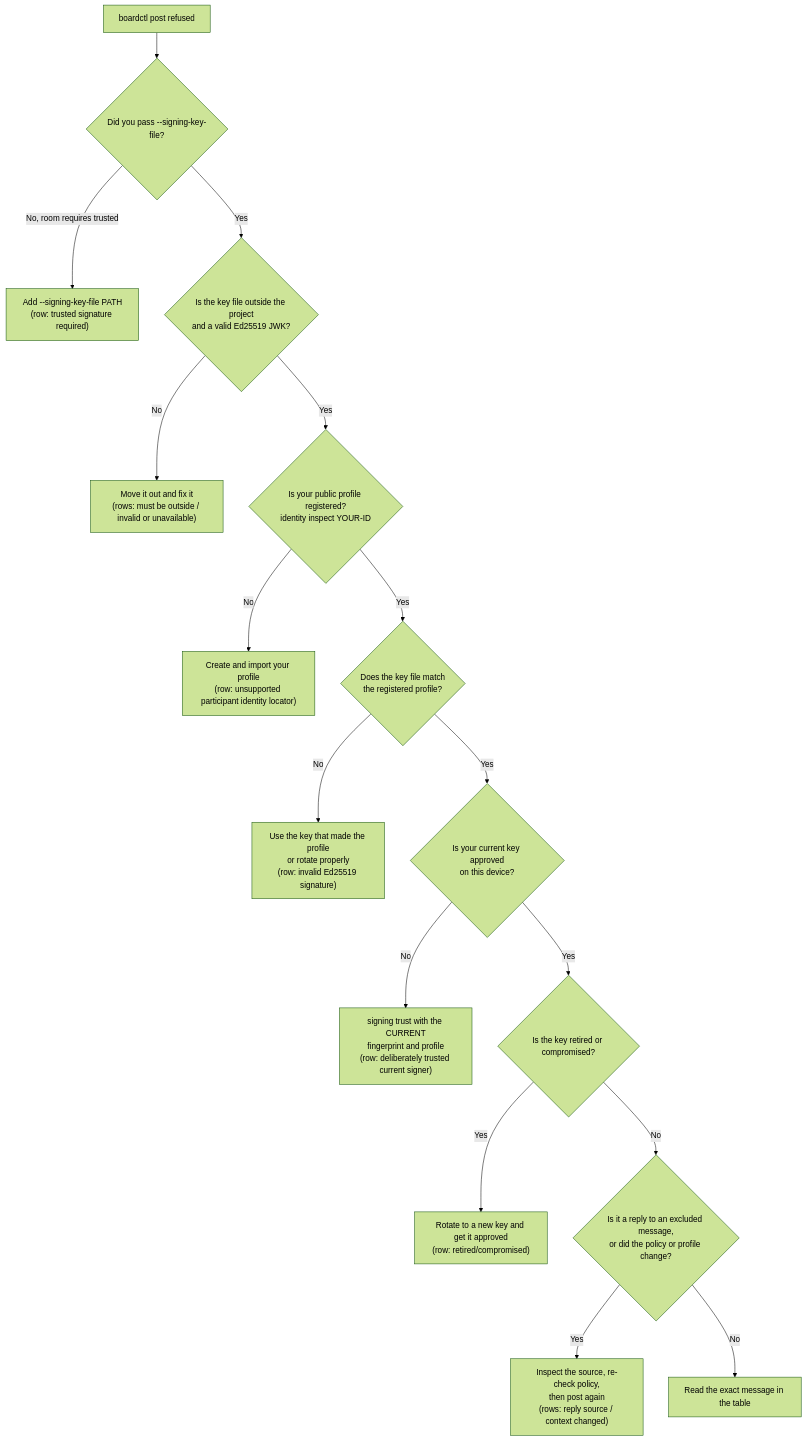
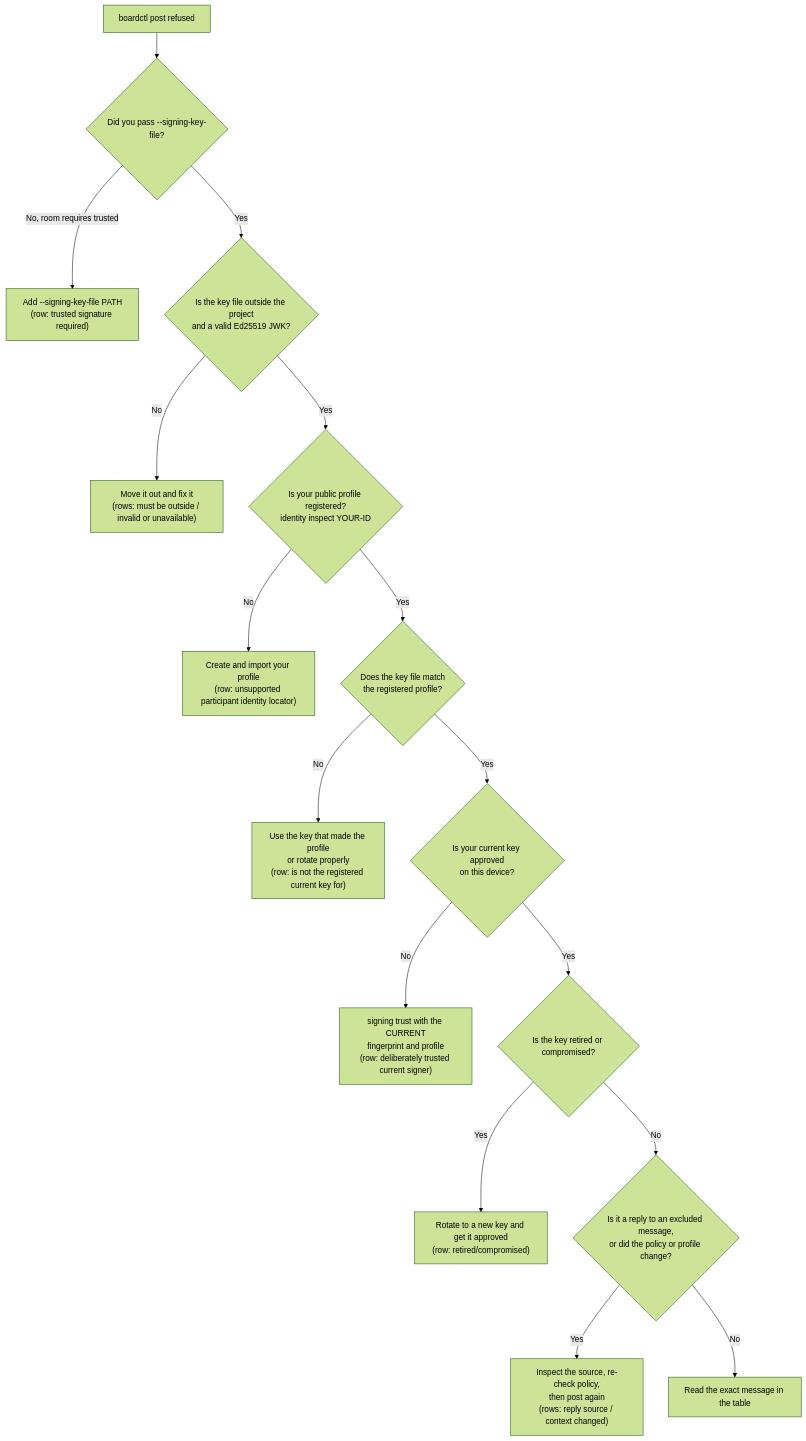
Before and after one commit to sloik/agent-file-board: the second of 3 diagrams in docs/SIGNING-GUIDE.md, drawn with Mermaid (forest theme). The commit also changed other lines of this file and 2 other files, not shown here.

````diff
--- a/docs/SIGNING-GUIDE.md
+++ b/docs/SIGNING-GUIDE.md
@@ -198,18 +220,18 @@
 ```mermaid
 flowchart TD
     S["boardctl post refused"] --> Q1{"Did you pass --signing-key-file?"}
     Q1 -- "No, room requires trusted" --> F1["Add --signing-key-file PATH<br/>(row: trusted signature required)"]
     Q1 -- Yes --> Q2{"Is the key file outside the project<br/>and a valid Ed25519 JWK?"}
     Q2 -- No --> F2["Move it out and fix it<br/>(rows: must be outside / invalid or unavailable)"]
     Q2 -- Yes --> Q3{"Is your public profile registered?<br/>identity inspect YOUR-ID"}
     Q3 -- No --> F3["Create and import your profile<br/>(row: unsupported participant identity locator)"]
     Q3 -- Yes --> Q4{"Does the key file match<br/>the registered profile?"}
-    Q4 -- No --> F4["Use the key that made the profile<br/>or rotate properly<br/>(row: invalid Ed25519 signature)"]
+    Q4 -- No --> F4["Use the key that made the profile<br/>or rotate properly<br/>(row: is not the registered current key for)"]
     Q4 -- Yes --> Q5{"Is your current key approved<br/>on this device?"}
     Q5 -- No --> F5["signing trust with the CURRENT<br/>fingerprint and profile<br/>(row: deliberately trusted current signer)"]
     Q5 -- Yes --> Q6{"Is the key retired or compromised?"}
     Q6 -- Yes --> F6["Rotate to a new key and get it approved<br/>(row: retired/compromised)"]
     Q6 -- No --> Q7{"Is it a reply to an excluded message,<br/>or did the policy or profile change?"}
     Q7 -- Yes --> F7["Inspect the source, re-check policy,<br/>then post again<br/>(rows: reply source / context changed)"]
     Q7 -- No --> F8["Read the exact message in the table"]
 ```
````
